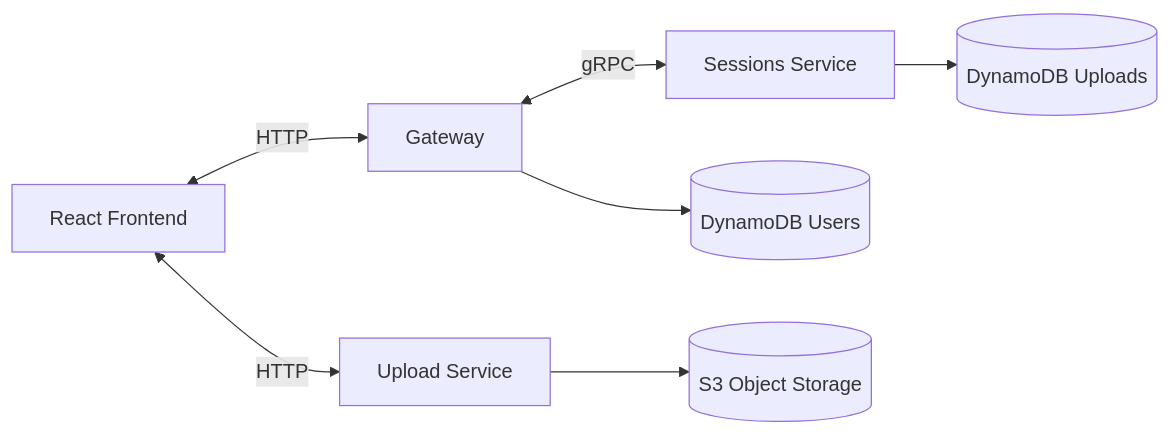
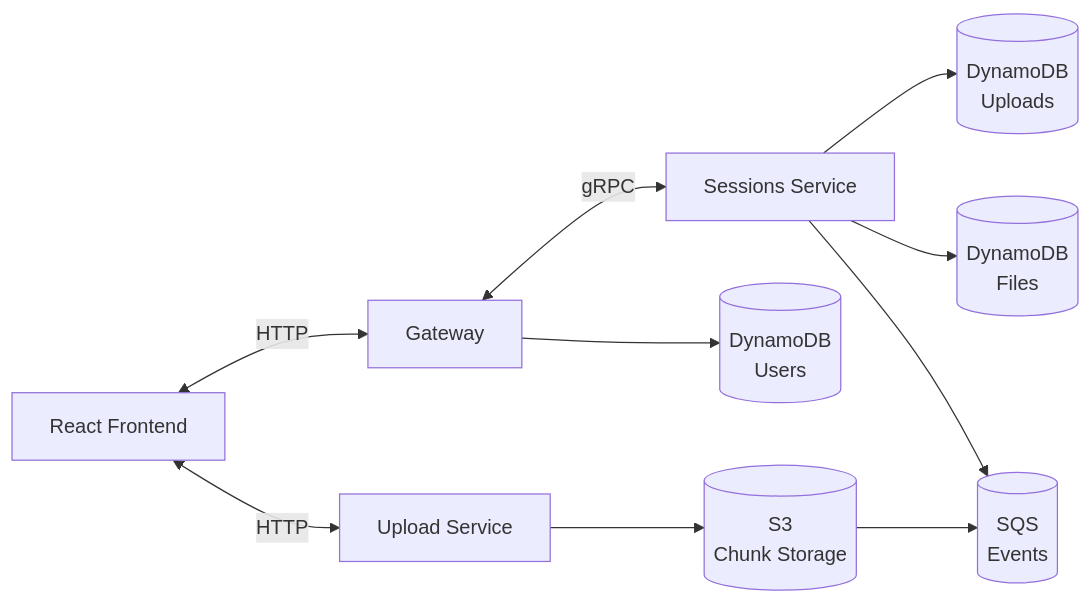
Before and after one commit to Yulian302/lfusys: the second of 6 diagrams in README.md, drawn with Mermaid. The commit also changed other lines of this file, not shown here.

````diff
--- a/README.md
+++ b/README.md
@@ -195,10 +396,12 @@
 ```mermaid
-
 flowchart LR
-    FE["React Frontend"] <-- HTTP --> GW["Gateway"]
-    GW <-- gRPC --> US["Sessions Service"]
-    US --> DDB1[("DynamoDB Uploads")]
-    GW --> DDB2[("DynamoDB Users")]
-    FE <-- HTTP --> UW["Upload Service"]
-    UW --> S3[("S3 Object Storage")]
+    FE["React Frontend"] <-- "HTTP" --> GW["Gateway"]
+    GW <-- "gRPC" --> SS["Sessions Service"]
+    SS --> DDB1[("DynamoDB<br/>Uploads")]
+    SS --> DDB3[("DynamoDB<br/>Files")]
+    GW --> DDB2[("DynamoDB<br/>Users")]
+    FE <-- "HTTP" --> UW["Upload Service"]
+    UW --> S3[("S3<br/>Chunk Storage")]
+    S3[("S3<br/>Chunk Storage")] --> SQS
+    SS --> SQS[("SQS<br/>Events")]
 ```
````
